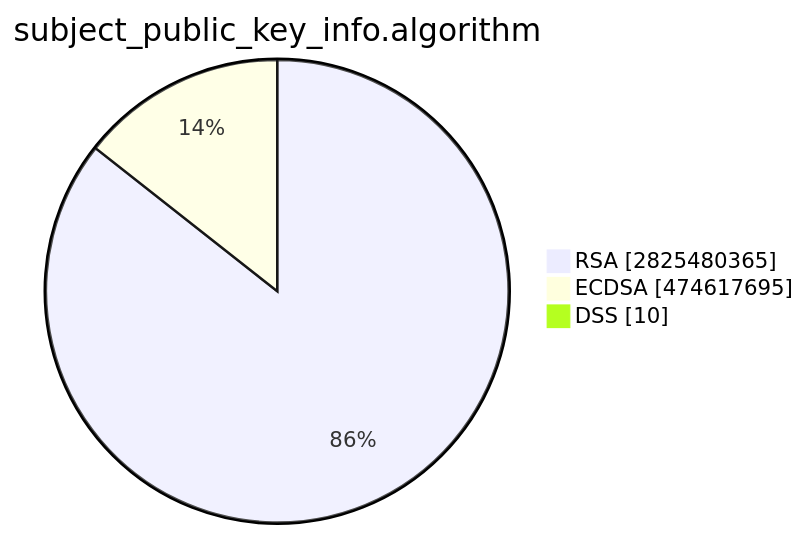
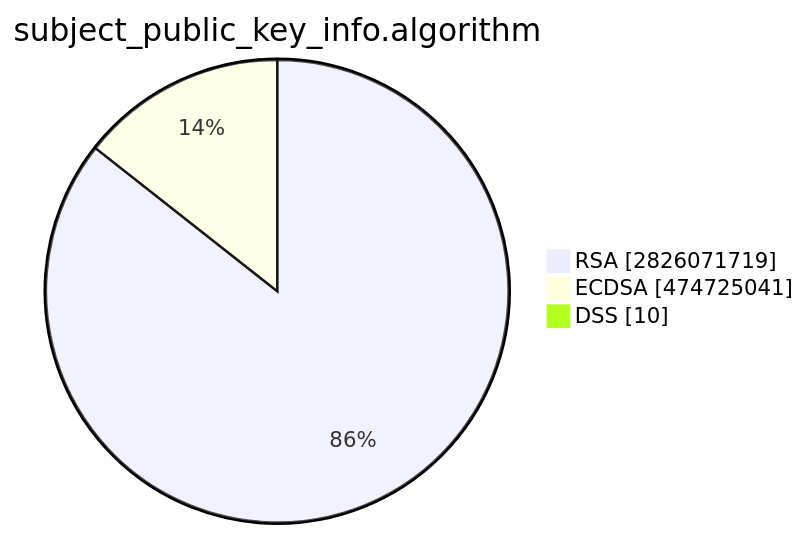
The second of 15 diagrams in TOTAL/README.md (christiankrug/ctmonitor_visualization), drawn with Mermaid before and after one commit. The commit also changed other lines of this file, not shown here.

````diff
--- a/TOTAL/README.md
+++ b/TOTAL/README.md
@@ -6,7 +6,7 @@
 ```mermaid
 pie showData
 title subject_public_key_info.algorithm
-"RSA" :2825480365
-"ECDSA" :474617695
+"RSA" :2826071719
+"ECDSA" :474725041
 "DSS" :10
 ```
````
